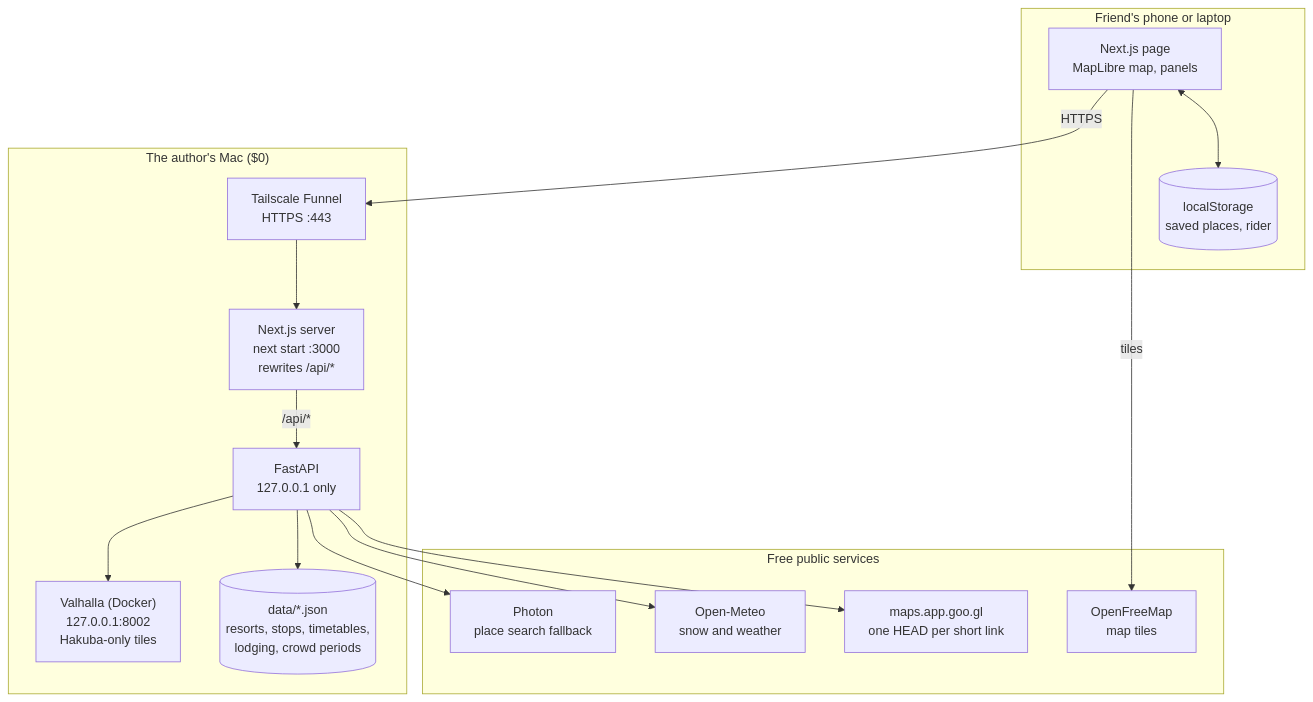
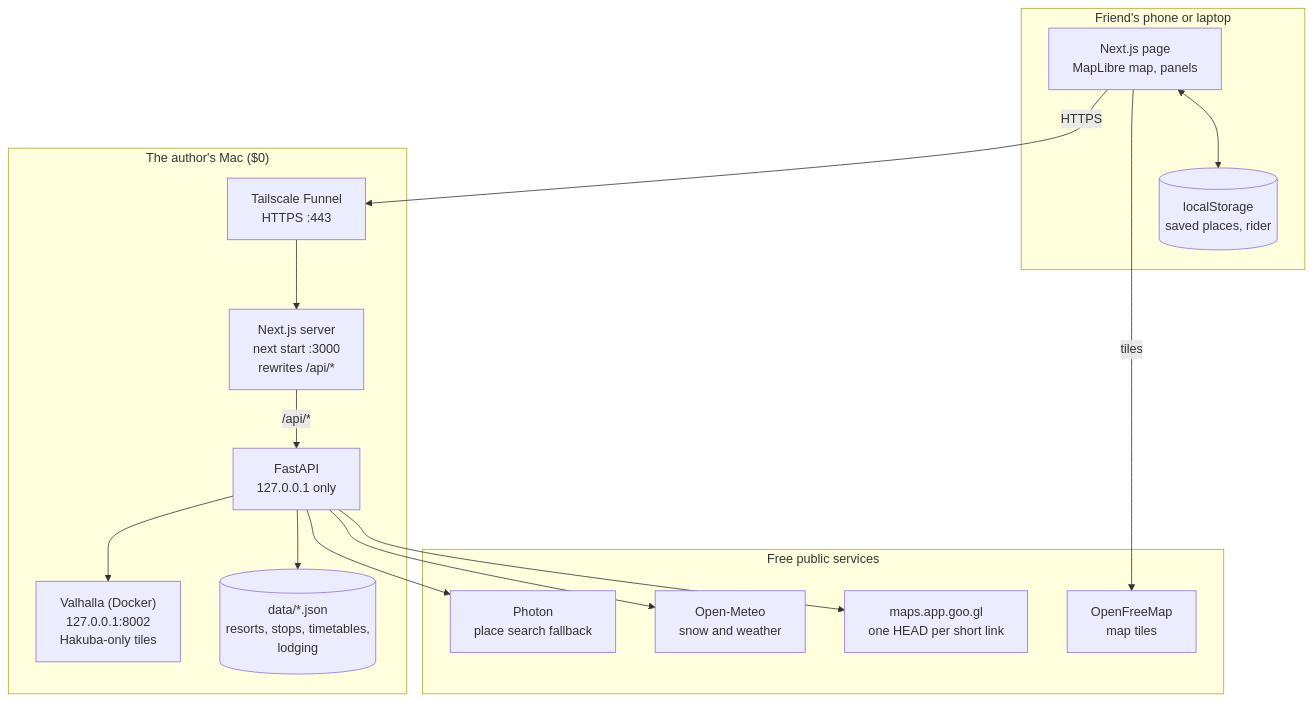
The diagram in docs/ARCHITECTURE.md (r03922123/jp_ski_map), drawn with Mermaid before and after one commit. The commit also changed other lines of this file and 18 other files, not shown here.

````diff
--- a/docs/ARCHITECTURE.md
+++ b/docs/ARCHITECTURE.md
@@ -96,31 +83,31 @@
 ```mermaid
 flowchart TB
   subgraph Phone["Friend's phone or laptop"]
     UI["Next.js page<br/>MapLibre map, panels"]
     LS[("localStorage<br/>saved places, rider")]
   end
 
   subgraph Mac["The author's Mac ($0)"]
     TS["Tailscale Funnel<br/>HTTPS :443"]
     WEB["Next.js server<br/>next start :3000<br/>rewrites /api/*"]
     API["FastAPI<br/>127.0.0.1 only"]
     VAL["Valhalla (Docker)<br/>127.0.0.1:8002<br/>Hakuba-only tiles"]
-    DATA[("data/*.json<br/>resorts, stops, timetables,<br/>lodging, crowd periods")]
+    DATA[("data/*.json<br/>resorts, stops, timetables,<br/>lodging")]
   end
 
   subgraph Net["Free public services"]
     OFM["OpenFreeMap<br/>map tiles"]
     PH["Photon<br/>place search fallback"]
     OM["Open-Meteo<br/>snow and weather"]
     GOO["maps.app.goo.gl<br/>one HEAD per short link"]
   end
 
   UI -- HTTPS --> TS --> WEB -- "/api/*" --> API
   UI -- tiles --> OFM
   UI <--> LS
   API --> VAL
   API --> DATA
   API --> PH
   API --> OM
   API --> GOO
 ```
````
